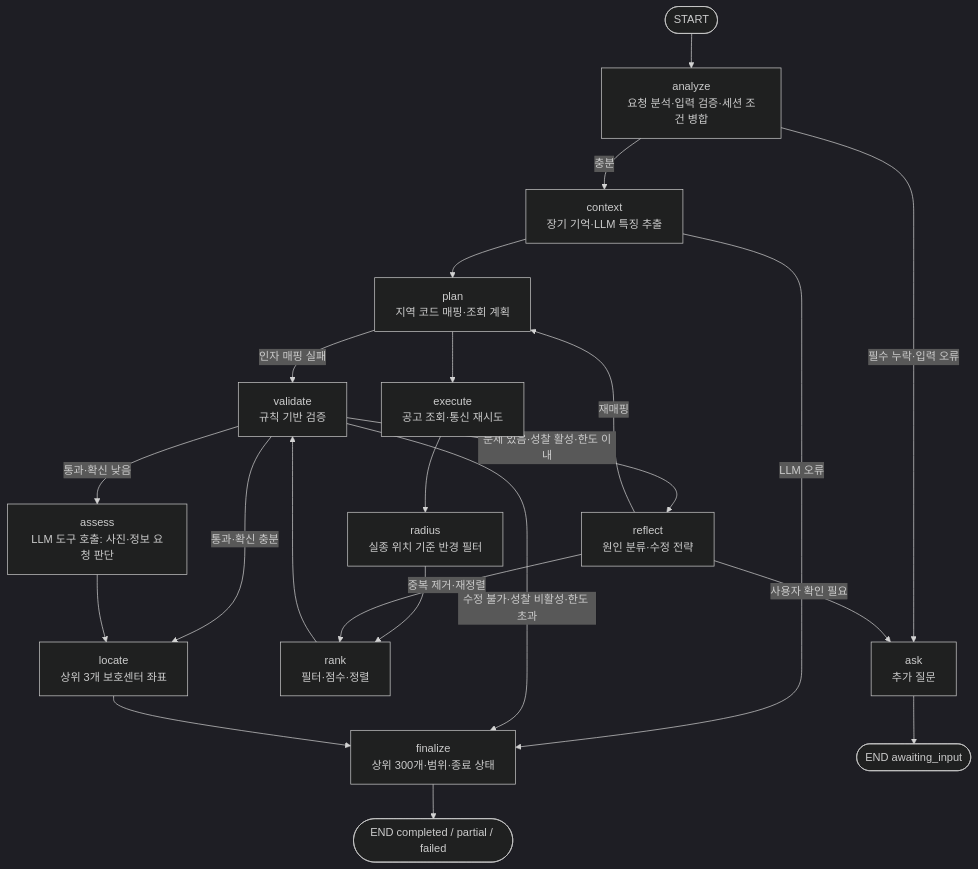
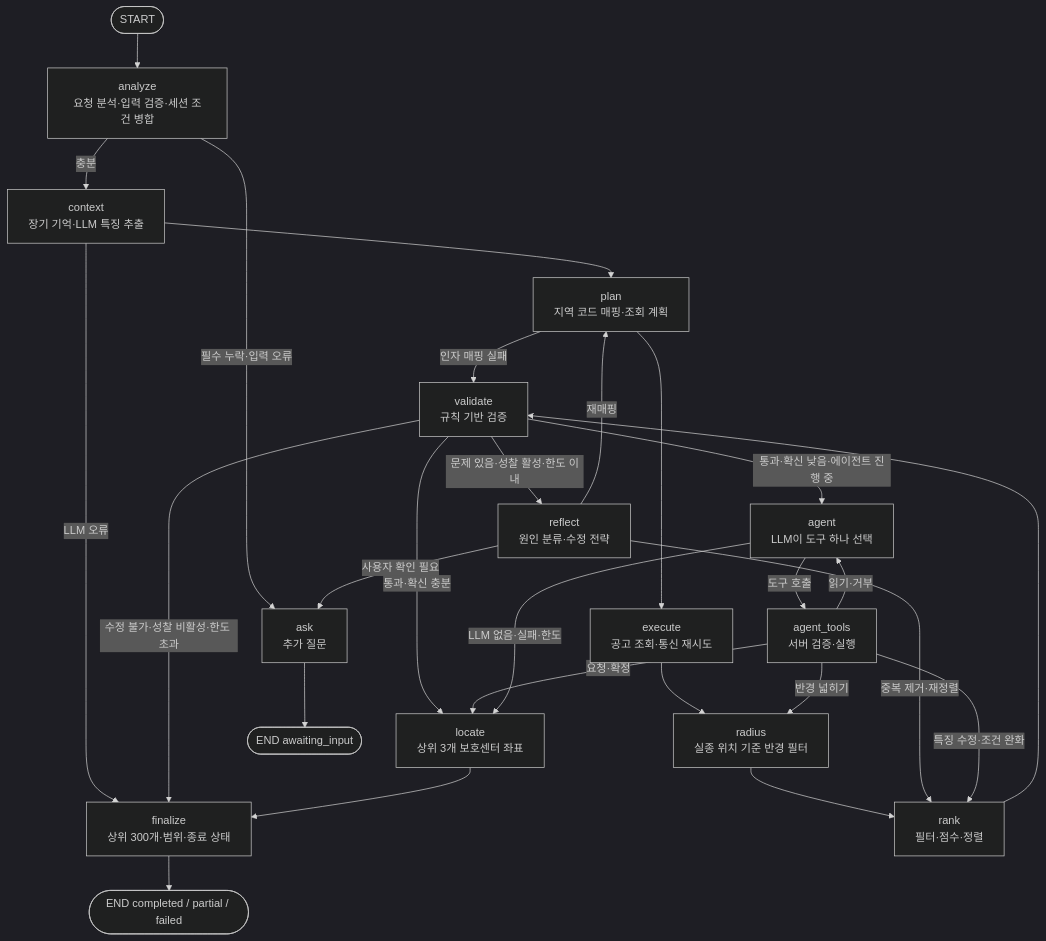
One commit to aio-03-p2-team1/aio-03-p2-team1 changed the first of 3 diagrams in docs/architecture.md. Above: the diagram before and after it, drawn with Mermaid (dark theme). The commit also changed other lines of this file and 12 other files, not shown here.

First line of the commit message:
feat: assess 를 검색 에이전트 루프로 확장(읽기→판단→조건 수정→다시 찾기)

````diff
--- a/docs/architecture.md
+++ b/docs/architecture.md
@@ -28,24 +28,29 @@
 ```mermaid
 flowchart TD
   S([START]) --> A[analyze<br/>요청 분석·입력 검증·세션 조건 병합]
   A -- 필수 누락·입력 오류 --> Q[ask<br/>추가 질문]
   A -- 충분 --> C[context<br/>장기 기억·LLM 특징 추출]
   C -- LLM 오류 --> F
   C --> P[plan<br/>지역 코드 매핑·조회 계획]
   P -- 인자 매핑 실패 --> V
   P --> E[execute<br/>공고 조회·통신 재시도]
   E --> RD[radius<br/>실종 위치 기준 반경 필터]
   RD --> R[rank<br/>필터·점수·정렬]
   R --> V[validate<br/>규칙 기반 검증]
   V -- 문제 있음·성찰 활성·한도 이내 --> X[reflect<br/>원인 분류·수정 전략]
   X -- 재매핑 --> P
   X -- 중복 제거·재정렬 --> R
   X -- 사용자 확인 필요 --> Q
   V -- 통과·확신 충분 --> L[locate<br/>상위 3개 보호센터 좌표]
-  V -- 통과·확신 낮음 --> AS[assess<br/>LLM 도구 호출: 사진·정보 요청 판단]
-  AS --> L
+  V -- 통과·확신 낮음·에이전트 진행 중 --> AG[agent<br/>LLM이 도구 하나 선택]
+  AG -- 도구 호출 --> AT[agent_tools<br/>서버 검증·실행]
+  AT -- 읽기·거부 --> AG
+  AT -- 특징 수정·조건 완화 --> R
+  AT -- 반경 넓히기 --> RD
+  AT -- 요청·확정 --> L
+  AG -- LLM 없음·실패·한도 --> L
   V -- 수정 불가·성찰 비활성·한도 초과 --> F
   L --> F[finalize<br/>상위 300개·범위·종료 상태]
   Q --> END1([END awaiting_input])
   F --> END2([END completed / partial / failed])
 ```
````
